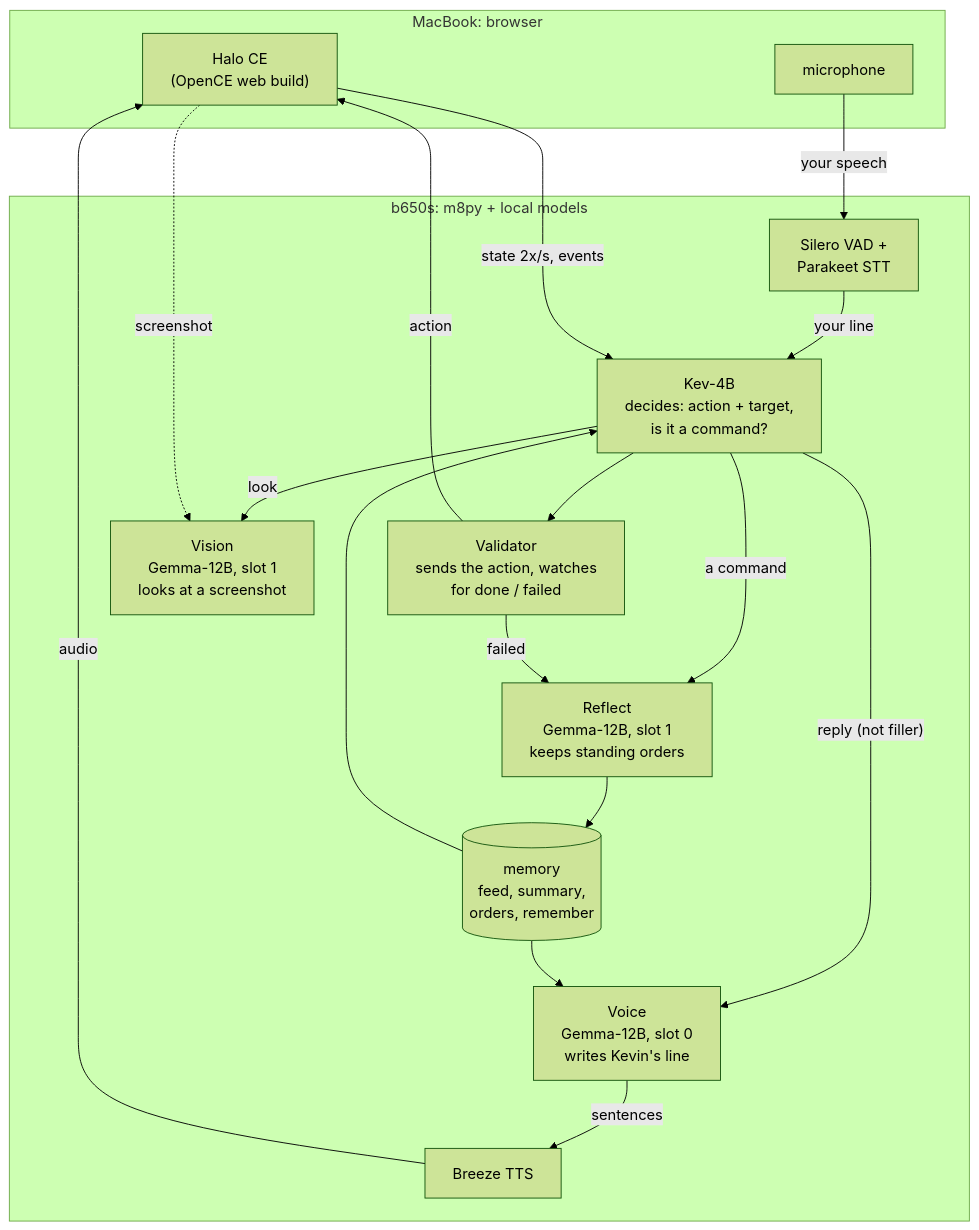
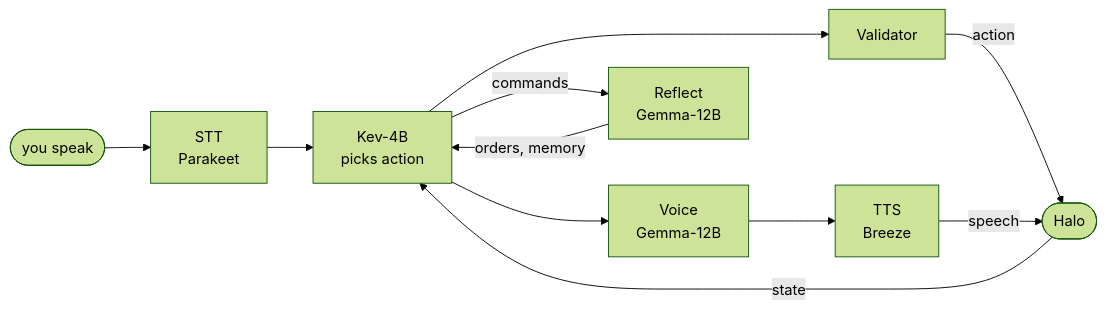
The diagram in README.md (pythonlearner1025/dude), drawn with Mermaid (forest theme) before and after one commit. The commit also changed other lines of this file, not shown here.

First line of the commit message:
Compress the README to one screen with a single-row diagram

````diff
--- a/README.md
+++ b/README.md
@@ -13,34 +7,8 @@
 ```mermaid
-flowchart TB
-    subgraph mac["MacBook: browser"]
-        game["Halo CE<br/>(OpenCE web build)"]
-        mic["microphone"]
-    end
-
-    subgraph box["b650s: m8py + local models"]
-        ears["Silero VAD +<br/>Parakeet STT"]
-        kev["Kev-4B<br/>decides: action + target,<br/>is it a command?"]
-        val["Validator<br/>sends the action, watches<br/>for done / failed"]
-        voice["Voice<br/>Gemma-12B, slot 0<br/>writes Kevin's line"]
-        tts["Breeze TTS"]
-        reflect["Reflect<br/>Gemma-12B, slot 1<br/>keeps standing orders"]
-        eyes["Vision<br/>Gemma-12B, slot 1<br/>looks at a screenshot"]
-        mem[("memory<br/>feed, summary,<br/>orders, remember")]
-    end
-
-    mic -- "your speech" --> ears
-    ears -- "your line" --> kev
-    game -- "state 2x/s, events" --> kev
-    kev --> val
-    val -- "action" --> game
-    kev -- "look" --> eyes
-    game -. screenshot .-> eyes
-    kev -- "reply (not filler)" --> voice
-    voice -- "sentences" --> tts
-    tts -- "audio" --> game
-    kev -- "a command" --> reflect
-    val -- "failed" --> reflect
-    reflect --> mem
-    mem --> kev
-    mem --> voice
+flowchart LR
+    mic(["you speak"]) --> stt["STT<br/>Parakeet"] --> kev["Kev-4B<br/>picks action"]
+    game(["Halo"]) -- state --> kev
+    kev --> val["Validator"] -- action --> game
+    kev --> voice["Voice<br/>Gemma-12B"] --> tts["TTS<br/>Breeze"] -- speech --> game
+    kev -- commands --> reflect["Reflect<br/>Gemma-12B"] -- "orders, memory" --> kev
 ```
````
